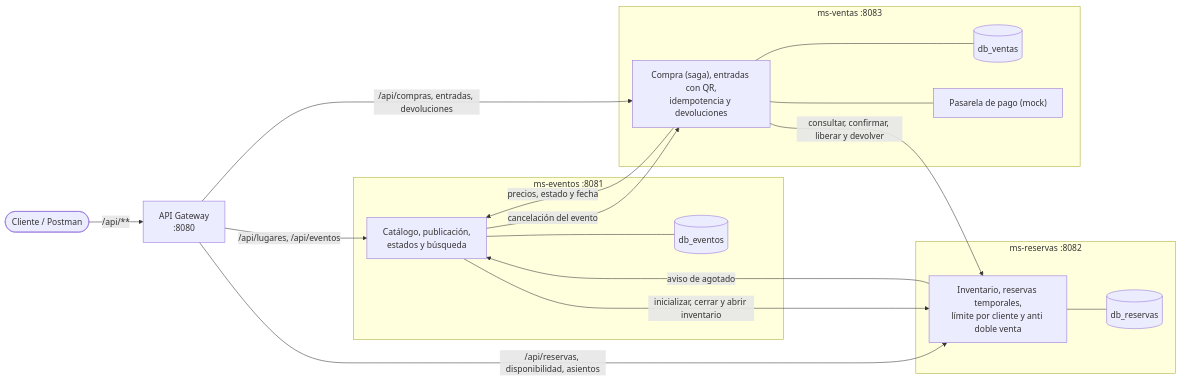
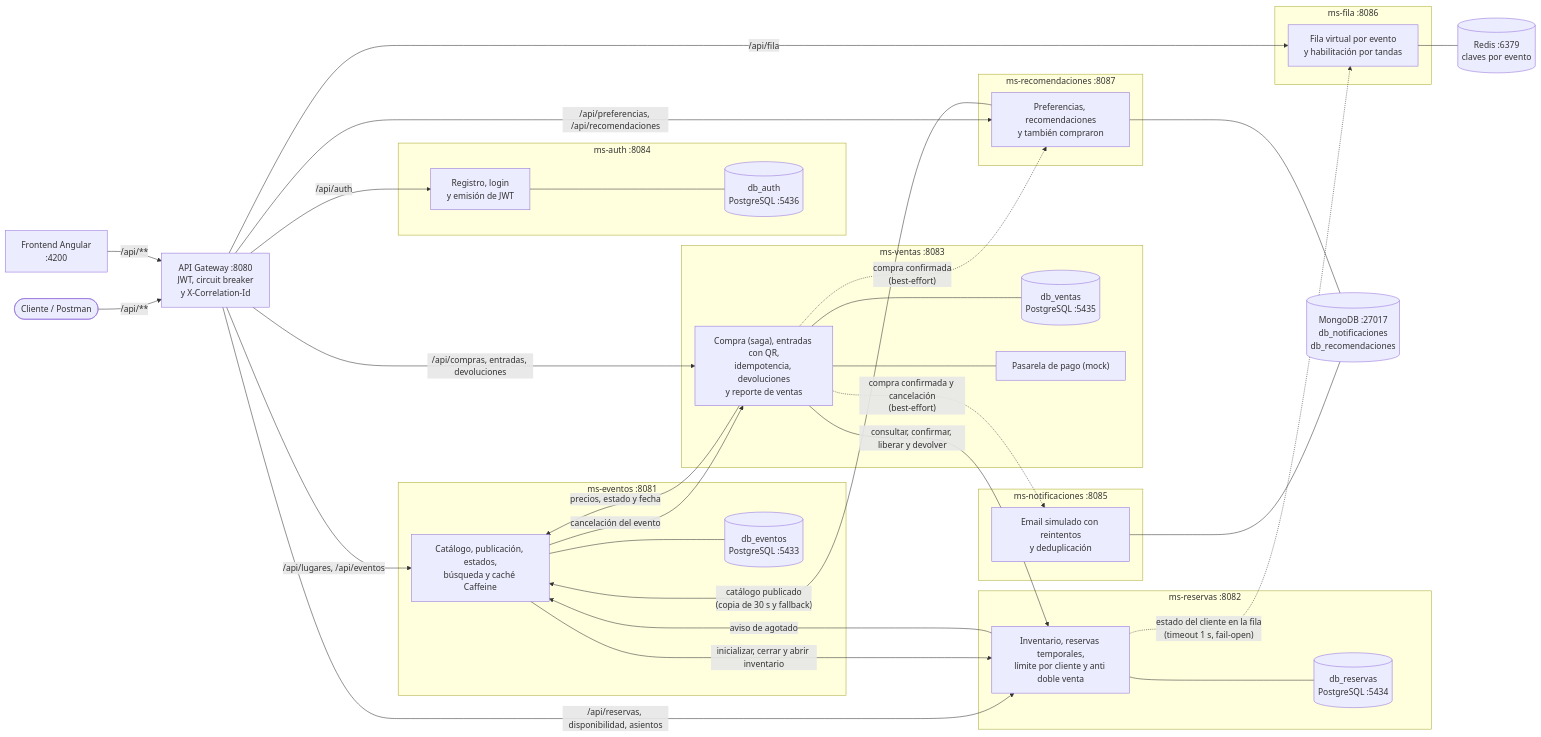
One commit to katucreigit/TPE-TicketYa changed the first of 20 diagrams in docs/diagramas.md. Above: the diagram before and after it, drawn with Mermaid. The commit also changed other lines of this file and 3 other files, not shown here.

````diff
--- a/docs/diagramas.md
+++ b/docs/diagramas.md
@@ -13,36 +13,70 @@
 ```mermaid
 flowchart LR
-    C([Cliente / Postman])
-    GW["API Gateway<br/>:8080"]
+    C(["Cliente / Postman"])
+    FE["Frontend Angular<br/>:4200"]
+    GW["API Gateway :8080<br/>JWT, circuit breaker<br/>y X-Correlation-Id"]
+
+    subgraph AU["ms-auth :8084"]
+        AUS["Registro, login<br/>y emisión de JWT"]
+        AUDB[("db_auth<br/>PostgreSQL :5436")]
+        AUS --- AUDB
+    end
 
     subgraph EV["ms-eventos :8081"]
-        EVS["Catálogo, publicación,<br/>estados y búsqueda"]
-        EVDB[("db_eventos")]
+        EVS["Catálogo, publicación, estados,<br/>búsqueda y caché Caffeine"]
+        EVDB[("db_eventos<br/>PostgreSQL :5433")]
         EVS --- EVDB
     end
 
     subgraph RS["ms-reservas :8082"]
         RSS["Inventario, reservas temporales,<br/>límite por cliente y anti doble venta"]
-        RSDB[("db_reservas")]
+        RSDB[("db_reservas<br/>PostgreSQL :5434")]
         RSS --- RSDB
     end
 
     subgraph VT["ms-ventas :8083"]
-        VTS["Compra (saga), entradas con QR,<br/>idempotencia y devoluciones"]
-        VTDB[("db_ventas")]
+        VTS["Compra (saga), entradas con QR,<br/>idempotencia, devoluciones<br/>y reporte de ventas"]
+        VTDB[("db_ventas<br/>PostgreSQL :5435")]
         PG["Pasarela de pago (mock)"]
         VTS --- VTDB
         VTS --- PG
     end
 
+    subgraph NT["ms-notificaciones :8085"]
+        NTS["Email simulado con reintentos<br/>y deduplicación"]
+    end
+
+    subgraph FL["ms-fila :8086"]
+        FLS["Fila virtual por evento<br/>y habilitación por tandas"]
+    end
+
+    subgraph RC["ms-recomendaciones :8087"]
+        RCS["Preferencias, recomendaciones<br/>y también compraron"]
+    end
+
+    MONGO[("MongoDB :27017<br/>db_notificaciones<br/>db_recomendaciones")]
+    REDIS[("Redis :6379<br/>claves por evento")]
+
+    NTS --- MONGO
+    RCS --- MONGO
+    FLS --- REDIS
+
     C -->|"/api/**"| GW
+    FE -->|"/api/**"| GW
+    GW -->|"/api/auth"| AUS
     GW -->|"/api/lugares, /api/eventos"| EVS
     GW -->|"/api/reservas, disponibilidad, asientos"| RSS
     GW -->|"/api/compras, entradas, devoluciones"| VTS
+    GW -->|"/api/fila"| FLS
+    GW -->|"/api/preferencias, /api/recomendaciones"| RCS
 
     EVS -->|"inicializar, cerrar y abrir inventario"| RSS
     EVS -->|"cancelación del evento"| VTS
     RSS -->|"aviso de agotado"| EVS
     VTS -->|"consultar, confirmar, liberar y devolver"| RSS
     VTS -->|"precios, estado y fecha"| EVS
+    RSS -.->|"estado del cliente en la fila<br/>(timeout 1 s, fail-open)"| FLS
+    VTS -.->|"compra confirmada y cancelación<br/>(best-effort)"| NTS
+    VTS -.->|"compra confirmada<br/>(best-effort)"| RCS
+    RCS -->|"catálogo publicado<br/>(copia de 30 s y fallback)"| EVS
 ```
````
